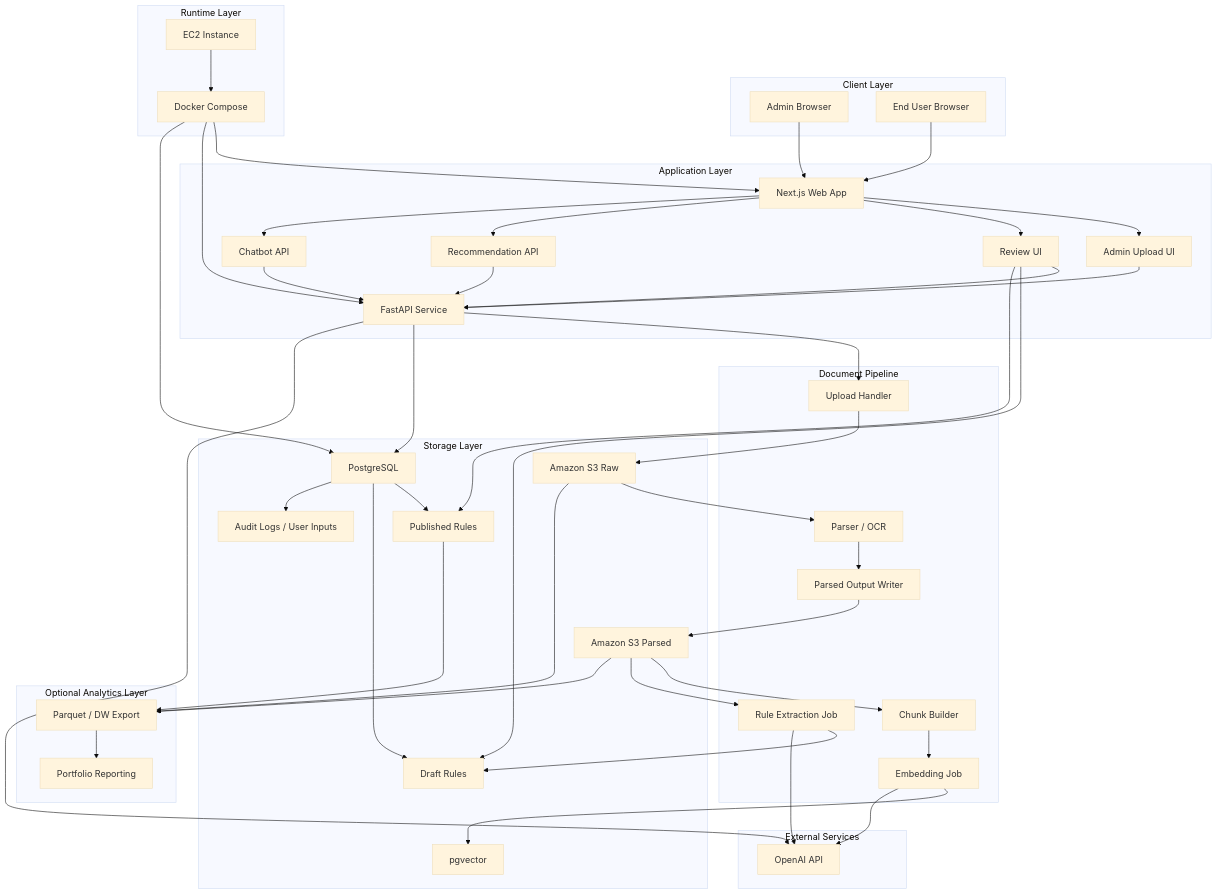
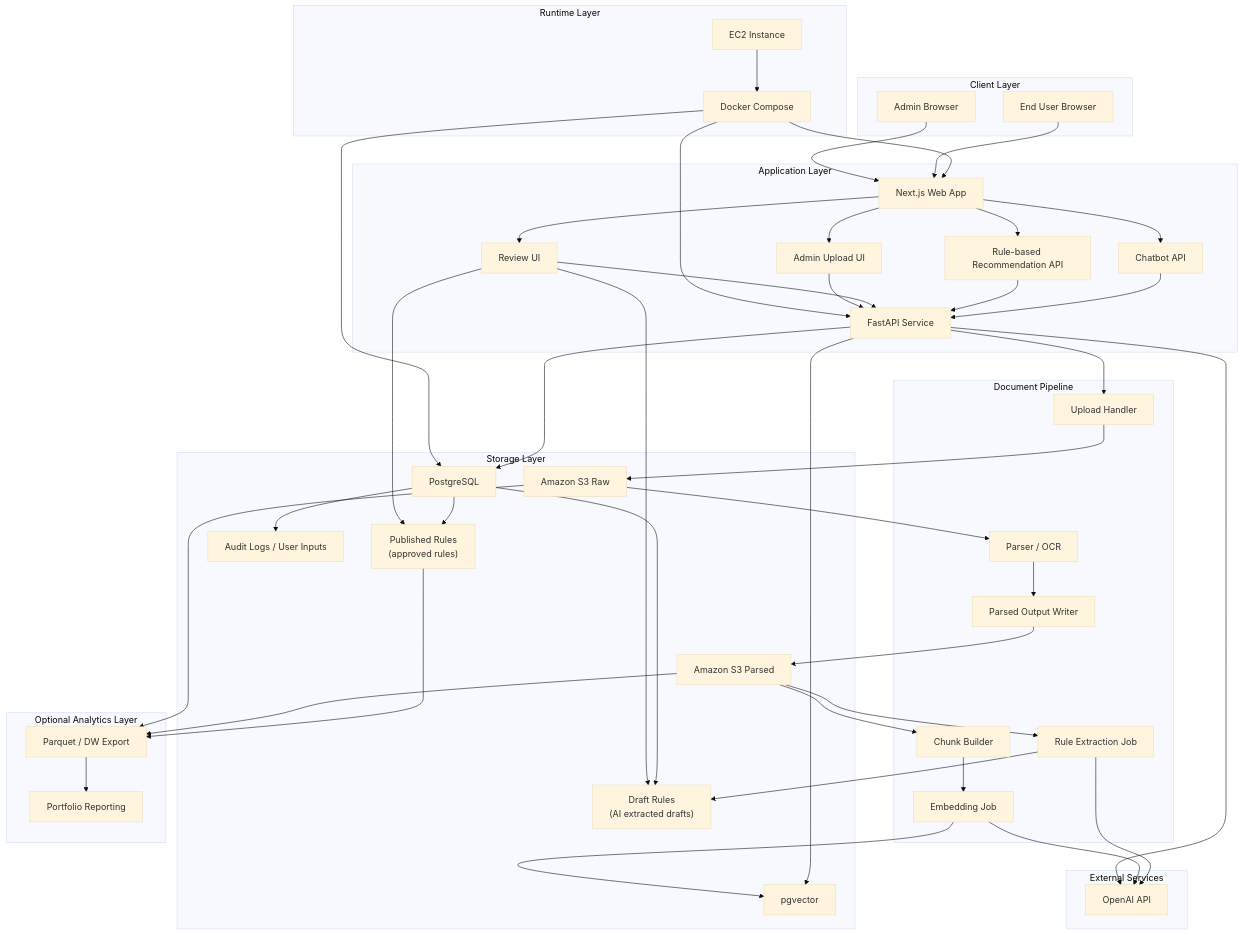
The diagram in docs/technical-architecture.md (meanresult/Government-backed-funding), drawn with Mermaid (base theme) before and after one commit. The commit also changed other lines of this file and 9 other files, not shown here.

```diff
--- a/docs/technical-architecture.md
+++ b/docs/technical-architecture.md
@@ -31,7 +31,7 @@
         F["FastAPI Service"]
         G["Admin Upload UI"]
         H["Review UI"]
-        I["Recommendation API"]
+        I["Rule-based Recommendation API"]
         J["Chatbot API"]
     end
 
@@ -48,8 +48,8 @@
         Q["Amazon S3 Raw"]
         R["Amazon S3 Parsed"]
         S["PostgreSQL"]
-        T["Published Rules"]
-        U["Draft Rules"]
+        T["Published Rules<br/>(approved rules)"]
+        U["Draft Rules<br/>(AI extracted drafts)"]
         V["Audit Logs / User Inputs"]
         W["pgvector"]
     end
@@ -100,6 +100,7 @@
     S --> T
     S --> U
     S --> V
+    F --> W
 
     F --> X
     O --> X
```
